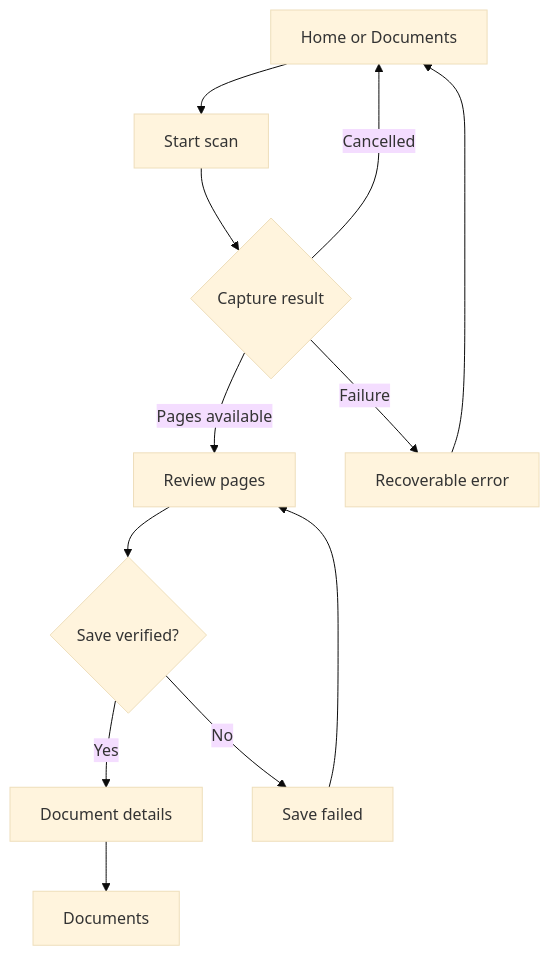
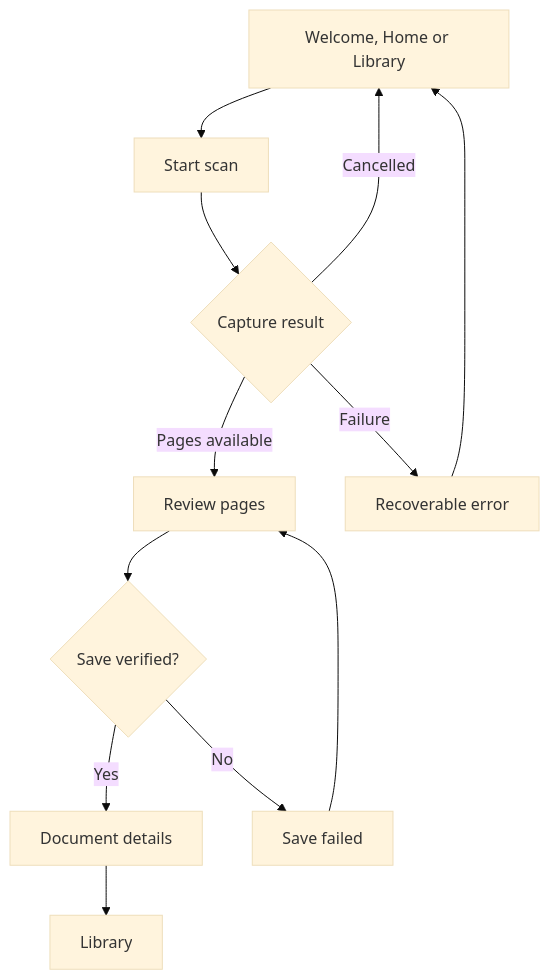
The second of 2 diagrams in docs/product/RELEASE_APPLICATION_FLOW.md (toollyscan/toolly-mobile), drawn with Mermaid (base theme) before and after one commit. The commit also changed other lines of this file and 58 other files, not shown here.

First line of the commit message:
[TLY-013] Implement Figma-aligned shared application flow (#55)

````diff
--- a/docs/product/RELEASE_APPLICATION_FLOW.md
+++ b/docs/product/RELEASE_APPLICATION_FLOW.md
@@ -45,14 +50,14 @@
 ```mermaid
 flowchart TD
-    A[Home or Documents] --> B[Start scan]
+    A[Welcome, Home or Library] --> B[Start scan]
     B --> C{Capture result}
     C -- Cancelled --> A
     C -- Pages available --> D[Review pages]
     C -- Failure --> E[Recoverable error]
     E --> A
     D --> F{Save verified?}
     F -- Yes --> G[Document details]
     F -- No --> H[Save failed]
     H --> D
-    G --> I[Documents]
+    G --> I[Library]
 ```
````
